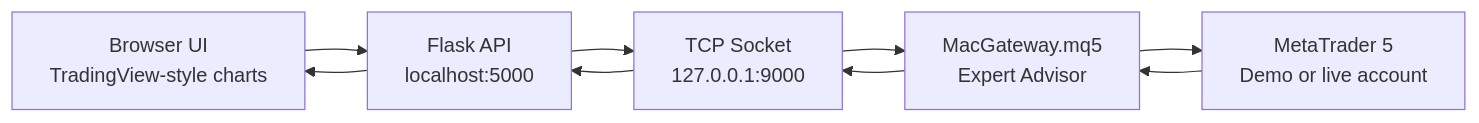
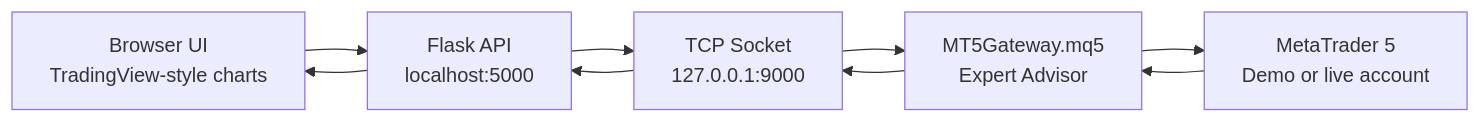
Before and after one commit to wuangnv/mt5-tradingview-backtester: the first of 3 diagrams in README.md, drawn with Mermaid. The commit also changed other lines of this file and 8 other files, not shown here.

````diff
--- a/README.md
+++ b/README.md
@@ -16,8 +16,8 @@
 ```mermaid
 flowchart LR
     Browser["Browser UI<br/>TradingView-style charts"] --> Flask["Flask API<br/>localhost:5000"]
     Flask --> Socket["TCP Socket<br/>127.0.0.1:9000"]
-    Socket --> EA["MacGateway.mq5<br/>Expert Advisor"]
+    Socket --> EA["MT5Gateway.mq5<br/>Expert Advisor"]
     EA --> MT5["MetaTrader 5<br/>Demo or live account"]
     MT5 --> EA --> Socket --> Flask --> Browser
 ```
````
